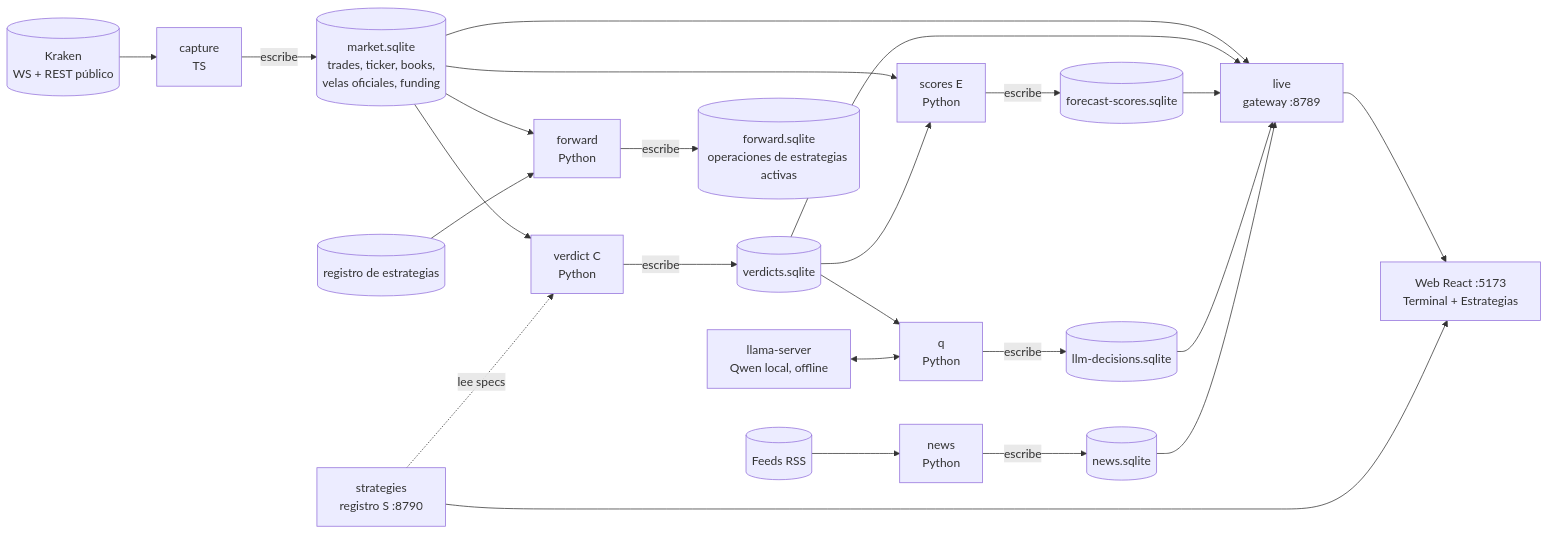
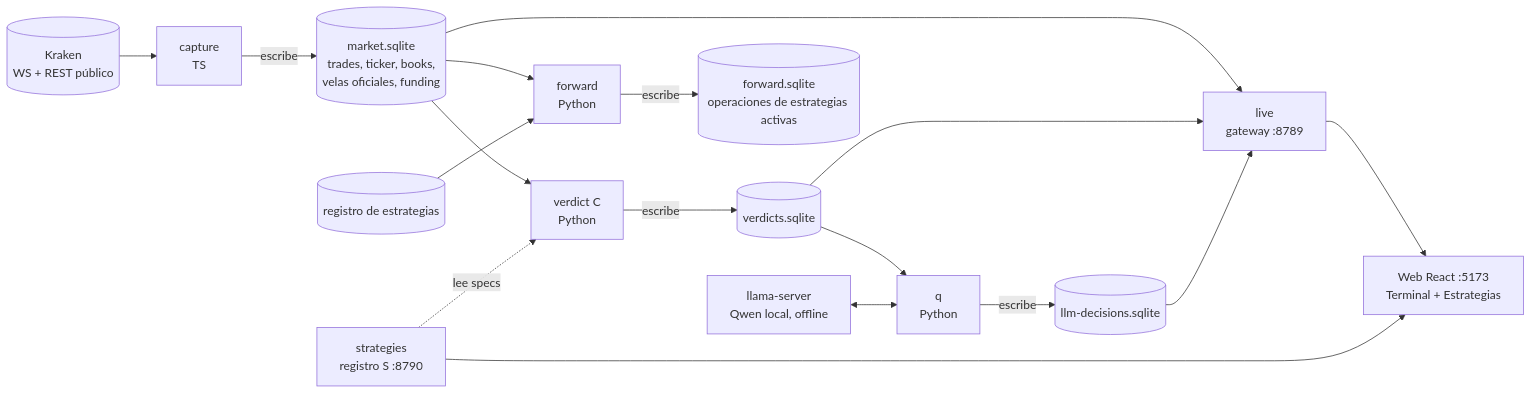
One commit to Sevillanof/Balancita changed the first of 4 diagrams in README.md. Above: the diagram before and after it, drawn with Mermaid. The commit also changed other lines of this file and 148 other files, not shown here.

````diff
--- a/README.md
+++ b/README.md
@@ -30,22 +30,17 @@
 ```mermaid
 flowchart LR
     K[(Kraken<br/>WS + REST público)] --> A[capture<br/>TS]
-    RSS[(Feeds RSS)] --> N[news<br/>Python]
     A -->|escribe| M[(market.sqlite<br/>trades, ticker, books,<br/>velas oficiales, funding)]
     M --> C[verdict C<br/>Python]
     C -->|escribe| V[(verdicts.sqlite)]
     M --> F[forward<br/>Python]
     R[(registro de estrategias)] --> F
     F -->|escribe| P[(forward.sqlite<br/>operaciones de estrategias activas)]
-    M --> E[scores E<br/>Python]
-    V --> E
-    E -->|escribe| S[(forecast-scores.sqlite)]
     V --> Q[q<br/>Python]
     LLM[llama-server<br/>Qwen local, offline] <--> Q
     Q -->|escribe| L[(llm-decisions.sqlite)]
-    N -->|escribe| NW[(news.sqlite)]
     REG[strategies<br/>registro S :8790] -.lee specs.-> C
-    M & V & S & L & NW --> G[live<br/>gateway :8789]
+    M & V & L --> G[live<br/>gateway :8789]
     G --> W[Web React :5173<br/>Terminal + Estrategias]
     REG --> W
 ```
````
